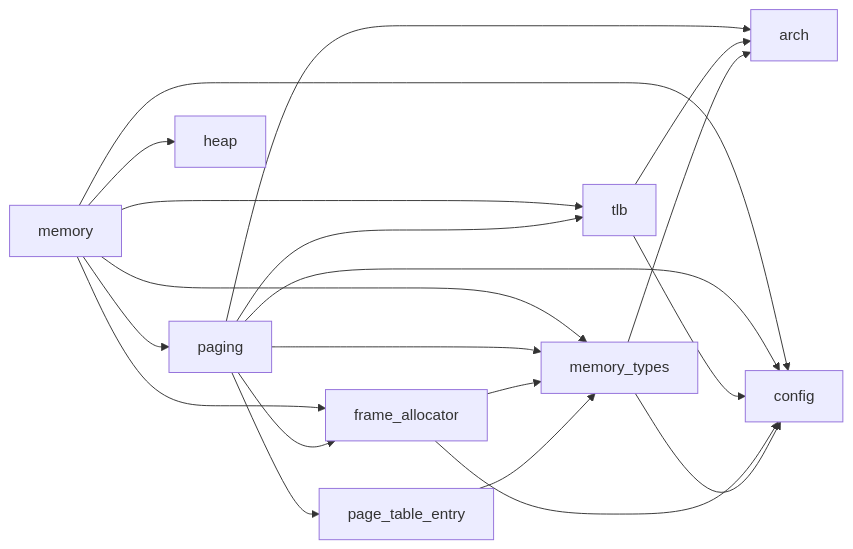
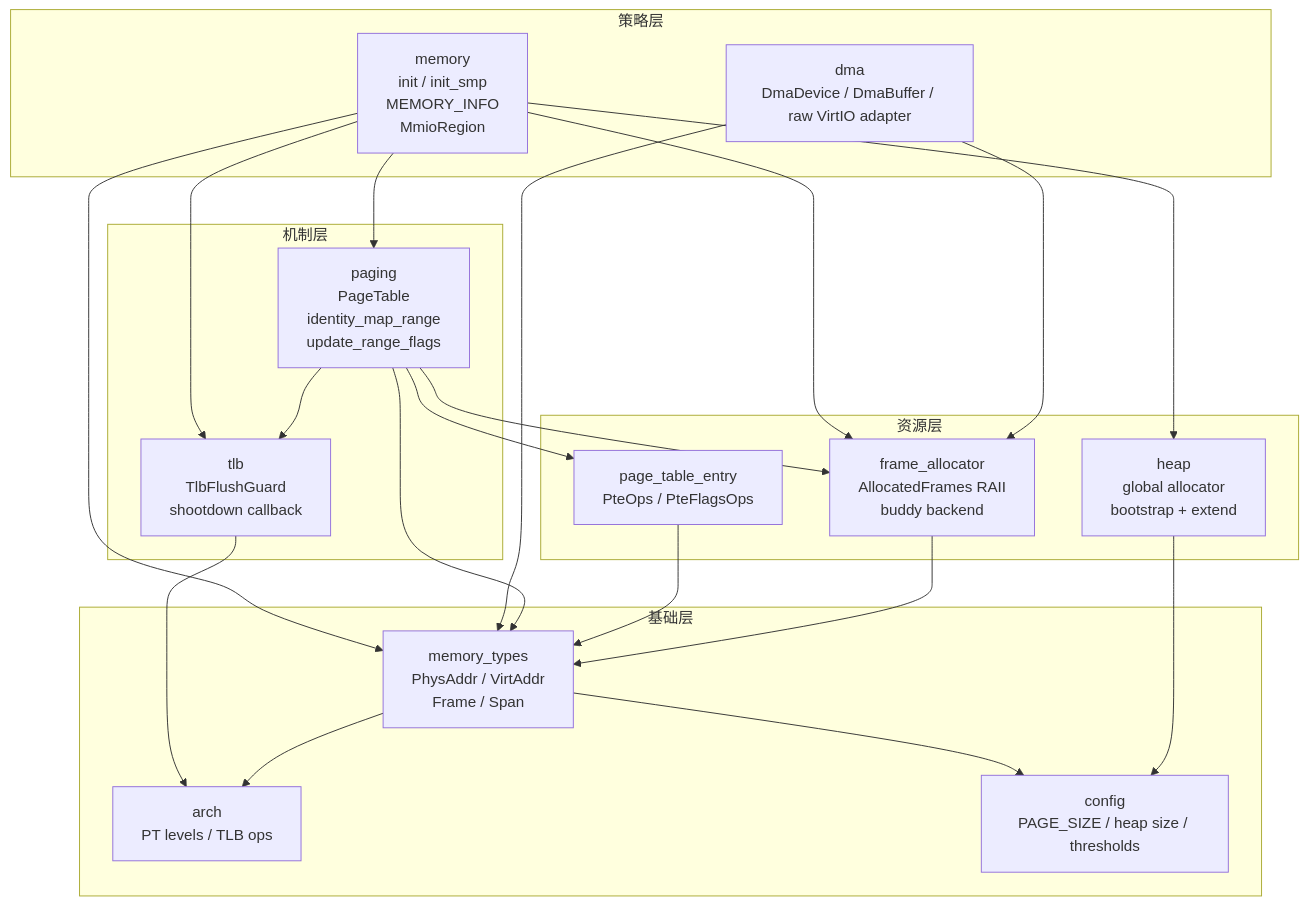
One commit to MRNIU/SimpleKernel changed the first of 7 diagrams in docs/design/memory-subsystem-v2.md. Above: the diagram before and after it, drawn with Mermaid. The commit also changed other lines of this file and 10 other files, not shown here.

First line of the commit message:
fix(memory): 保留非对齐 MMIO 寄存器基址

````diff
--- a/docs/design/memory-subsystem-v2.md
+++ b/docs/design/memory-subsystem-v2.md
@@ -151,37 +29,42 @@
 ```mermaid
-graph LR
-    arch["arch"]
-    config["config"]
-    mem_types["memory_types"]
-    pte["page_table_entry"]
-    frame["frame_allocator"]
-    tlb["tlb"]
-    paging["paging"]
-    heap["heap"]
-    memory["memory"]
+flowchart TB
+  subgraph Policy["策略层"]
+    memory["memory<br/>init / init_smp<br/>MEMORY_INFO<br/>MmioRegion"]
+    dma["dma<br/>DmaDevice / DmaBuffer / raw VirtIO adapter"]
+  end
 
-    mem_types --> arch
-    mem_types --> config
+  subgraph Mechanism["机制层"]
+    paging["paging<br/>PageTable<br/>identity_map_range<br/>update_range_flags"]
+    tlb["tlb<br/>TlbFlushGuard<br/>shootdown callback"]
+  end
 
-    pte --> mem_types
+  subgraph Resource["资源层"]
+    frame["frame_allocator<br/>AllocatedFrames RAII<br/>buddy backend"]
+    heap["heap<br/>global allocator<br/>bootstrap + extend"]
+    pte["page_table_entry<br/>PteOps / PteFlagsOps"]
+  end
 
-    frame --> mem_types
-    frame --> config
+  subgraph Primitive["基础层"]
+    types["memory_types<br/>PhysAddr / VirtAddr<br/>Frame / Span"]
+    arch["arch<br/>PT levels / TLB ops"]
+    config["config<br/>PAGE_SIZE / heap size / thresholds"]
+  end
 
-    tlb --> arch
-    tlb --> config
-
-    paging --> pte
-    paging --> frame
-    paging --> tlb
-    paging --> mem_types
-    paging --> arch
-    paging --> config
-
-    memory --> paging
-    memory --> frame
-    memory --> heap
-    memory --> tlb
-    memory --> mem_types
-    memory --> config
+  memory --> heap
+  memory --> frame
+  memory --> paging
+  memory --> tlb
+  memory --> types
+  dma --> frame
+  dma --> types
+  paging --> frame
+  paging --> pte
+  paging --> tlb
+  paging --> types
+  pte --> types
+  tlb --> arch
+  types --> arch
+  types --> config
+  frame --> types
+  heap --> config
 ```
````
